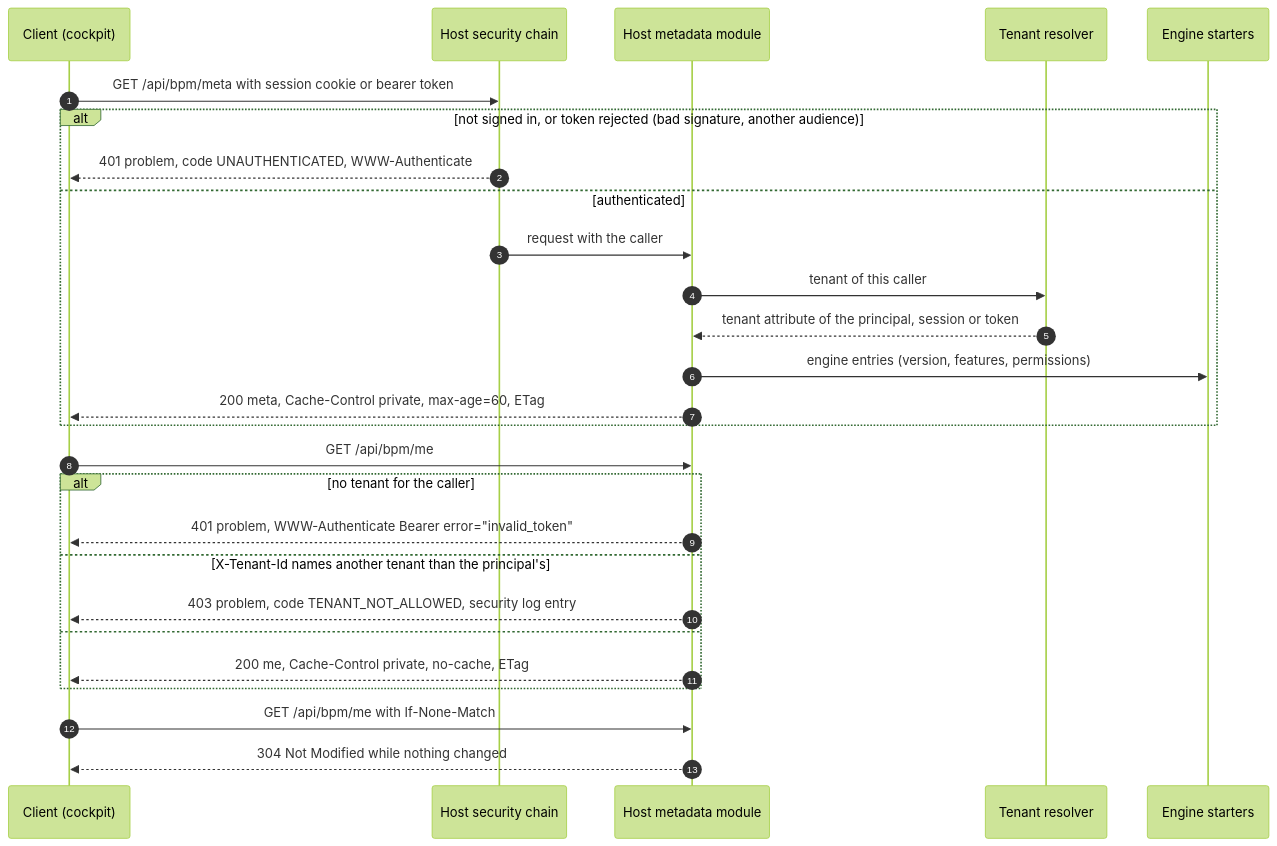
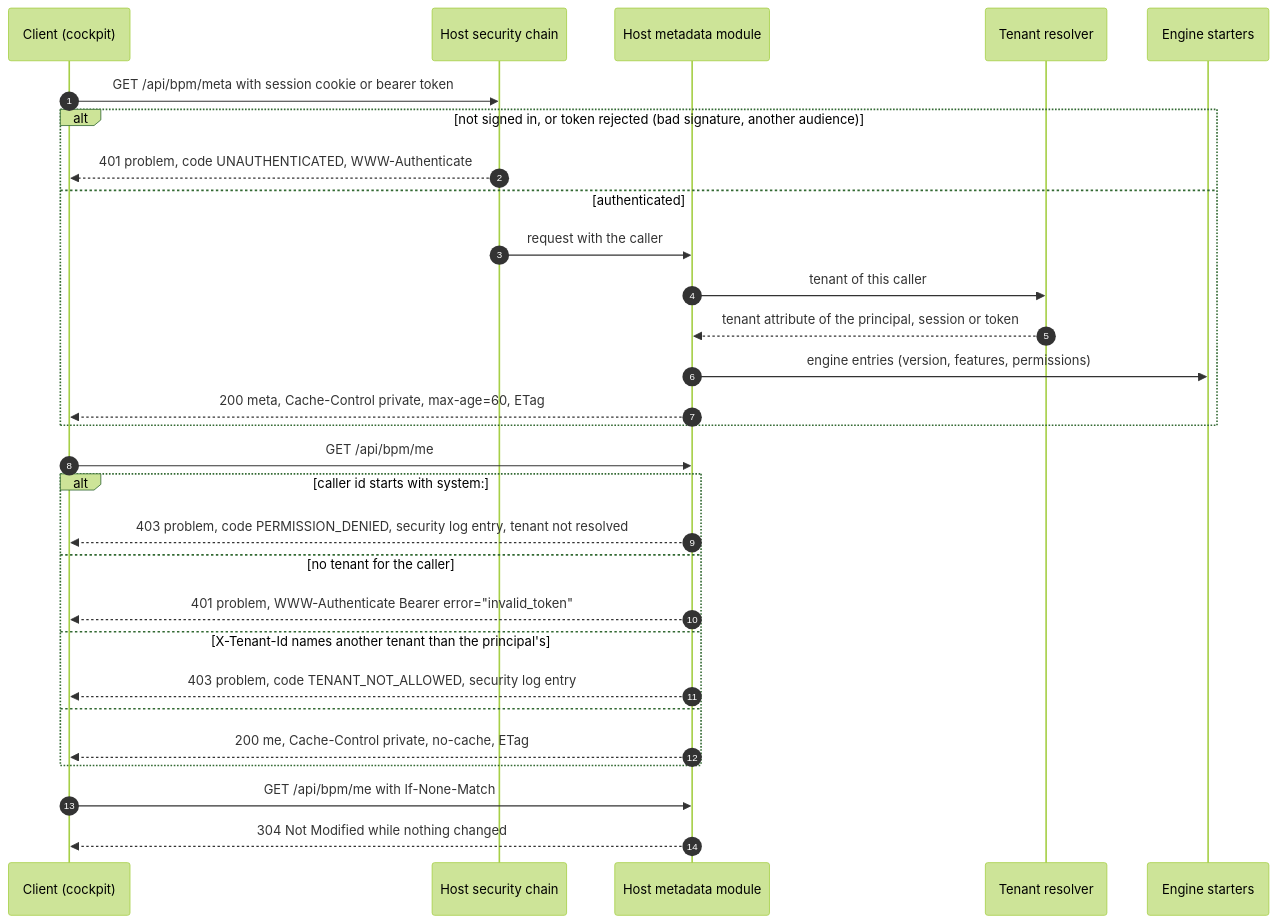
One commit to dhluong90/horus-Agentic-BPM changed the first of 2 diagrams in wiki/Host-Metadata-and-Permissions.md. Above: the diagram before and after it, drawn with Mermaid (forest theme). The commit also changed other lines of this file and 3 other files, not shown here.

````diff
--- a/wiki/Host-Metadata-and-Permissions.md
+++ b/wiki/Host-Metadata-and-Permissions.md
@@ -28,29 +28,31 @@
 ```mermaid
 sequenceDiagram
     autonumber
     participant C as Client (cockpit)
     participant S as Host security chain
     participant M as Host metadata module
     participant R as Tenant resolver
     participant E as Engine starters
     C->>S: GET /api/bpm/meta with session cookie or bearer token
     alt not signed in, or token rejected (bad signature, another audience)
         S-->>C: 401 problem, code UNAUTHENTICATED, WWW-Authenticate
     else authenticated
         S->>M: request with the caller
         M->>R: tenant of this caller
         R-->>M: tenant attribute of the principal, session or token
         M->>E: engine entries (version, features, permissions)
         M-->>C: 200 meta, Cache-Control private, max-age=60, ETag
     end
     C->>M: GET /api/bpm/me
-    alt no tenant for the caller
+    alt caller id starts with system:
+        M-->>C: 403 problem, code PERMISSION_DENIED, security log entry, tenant not resolved
+    else no tenant for the caller
         M-->>C: 401 problem, WWW-Authenticate Bearer error="invalid_token"
     else X-Tenant-Id names another tenant than the principal's
         M-->>C: 403 problem, code TENANT_NOT_ALLOWED, security log entry
     else
         M-->>C: 200 me, Cache-Control private, no-cache, ETag
     end
     C->>M: GET /api/bpm/me with If-None-Match
     M-->>C: 304 Not Modified while nothing changed
 ```
````
